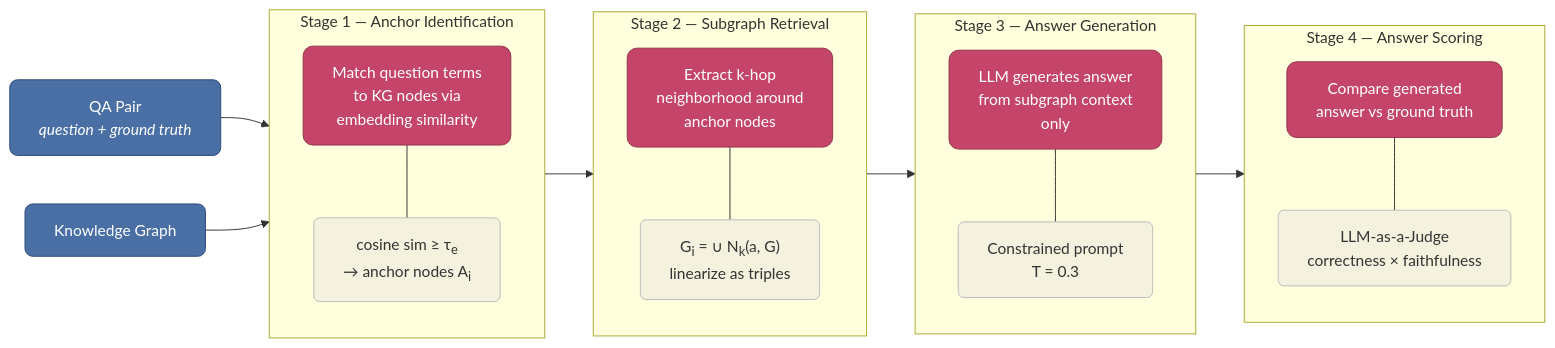
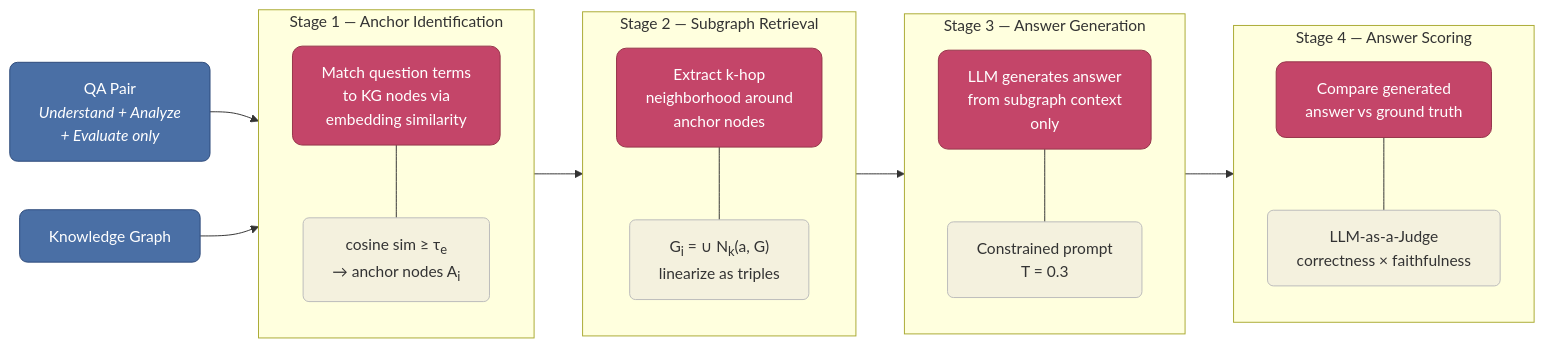
The seventh of 9 diagrams in docs/methodology.md (FredDsR/arandu), drawn with Mermaid before and after one commit. The commit also changed other lines of this file, not shown here.

````diff
--- a/docs/methodology.md
+++ b/docs/methodology.md
@@ -413,43 +423,44 @@
 ```mermaid
 flowchart LR
     classDef stage fill:#c44569,stroke:#943349,color:#fff,rx:10,ry:10
     classDef detail fill:#f4f1de,stroke:#bbb,color:#333,rx:6,ry:6
     classDef io fill:#4a6fa5,stroke:#2d4a7a,color:#fff,rx:8,ry:8
 
-    Q["QA Pair<br/><i>question + ground truth</i>"]:::io
+    Q["QA Pair<br/><i>Understand + Analyze<br/>+ Evaluate only</i>"]:::io
     KG["Knowledge Graph"]:::io
 
     subgraph S1["Stage 1 — Anchor Identification"]
         direction TB
         A1["Match question terms<br/>to KG nodes via<br/>embedding similarity"]:::stage
         A1D["cosine sim ≥ τ<sub>e</sub><br/>→ anchor nodes A<sub>i</sub>"]:::detail
         A1 --- A1D
     end
+
+    Q --> S1
 
     subgraph S2["Stage 2 — Subgraph Retrieval"]
         direction TB
         A2["Extract k-hop<br/>neighborhood around<br/>anchor nodes"]:::stage
         A2D["G<sub>i</sub> = ∪ N<sub>k</sub>(a, G)<br/>linearize as triples"]:::detail
         A2 --- A2D
     end
 
     subgraph S3["Stage 3 — Answer Generation"]
         direction TB
         A3["LLM generates answer<br/>from subgraph context<br/>only"]:::stage
         A3D["Constrained prompt<br/>T = 0.3"]:::detail
         A3 --- A3D
     end
 
     subgraph S4["Stage 4 — Answer Scoring"]
         direction TB
         A4["Compare generated<br/>answer vs ground truth"]:::stage
         A4D["LLM-as-a-Judge<br/>correctness × faithfulness"]:::detail
         A4 --- A4D
     end
 
-    Q --> S1
     KG --> S1
     S1 --> S2
     S2 --> S3
     S3 --> S4
 ```
````
